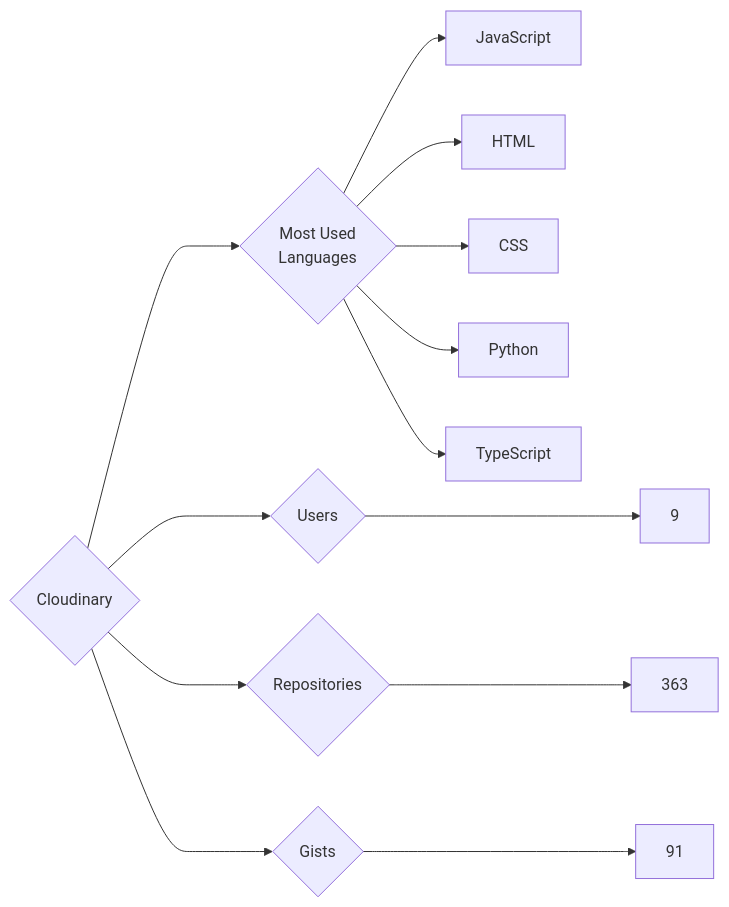
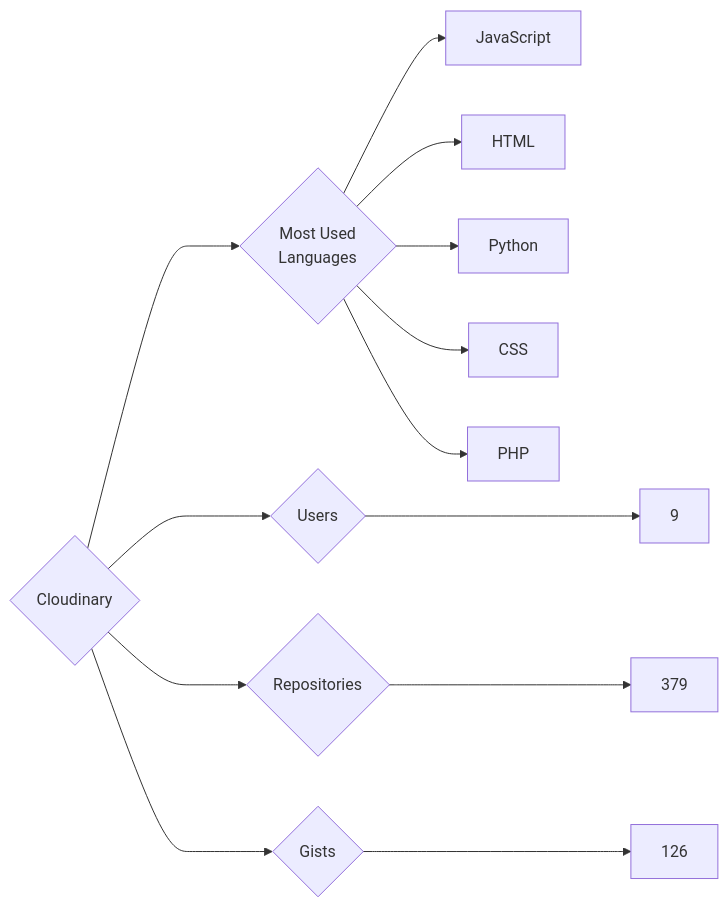
Before and after one commit to trickest/insiders: the diagram in targets/Cloudinary/README.md, drawn with Mermaid. The commit also changed 1148 other files, not shown here.

````diff
--- a/targets/Cloudinary/README.md
+++ b/targets/Cloudinary/README.md
@@ -3,13 +3,13 @@
 ```mermaid
 graph LR
 COMPANY_NAME{Cloudinary}
 COMPANY_NAME ---> U{Users} ---> UN[9]
-COMPANY_NAME ---> R{Repositories} ---> RN[363]
-COMPANY_NAME ---> G{Gists} ---> GN[91]
+COMPANY_NAME ---> R{Repositories} ---> RN[379]
+COMPANY_NAME ---> G{Gists} ---> GN[126]
 COMPANY_NAME ---> ML{Most Used<br>Languages}
 ML --> JavaScript[JavaScript]
 ML --> HTML[HTML]
+ML --> Python[Python]
 ML --> CSS[CSS]
-ML --> Python[Python]
-ML --> TypeScript[TypeScript]
+ML --> PHP[PHP]
 ```
````
